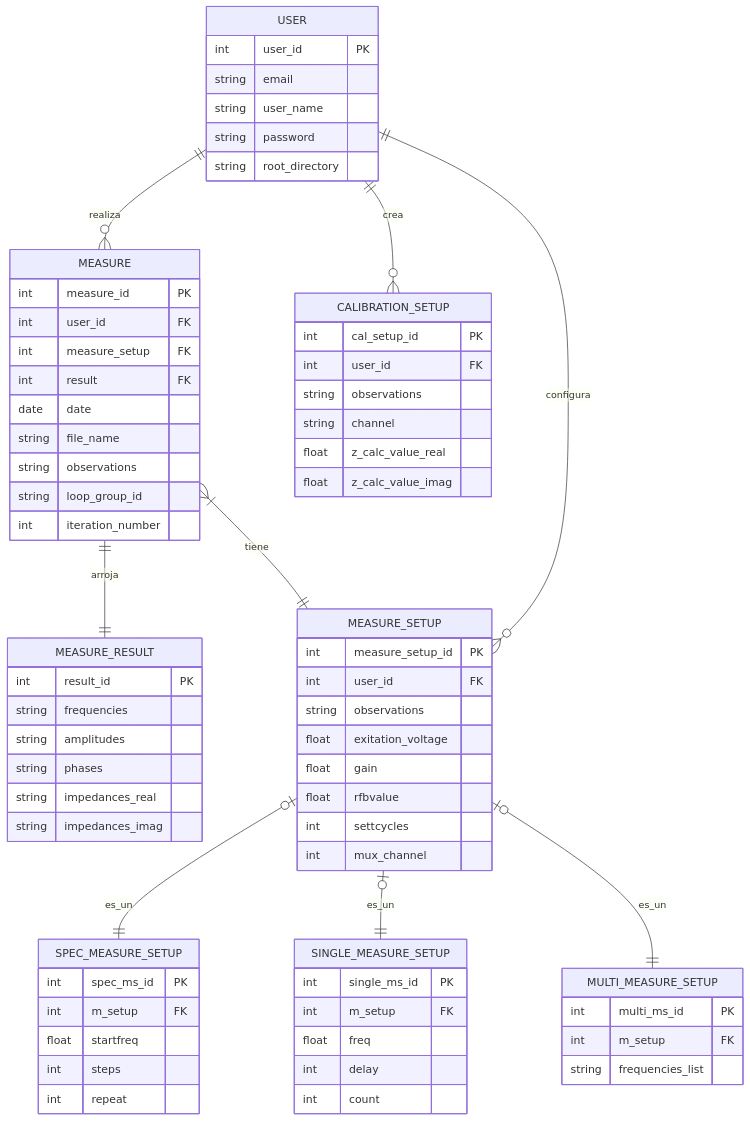
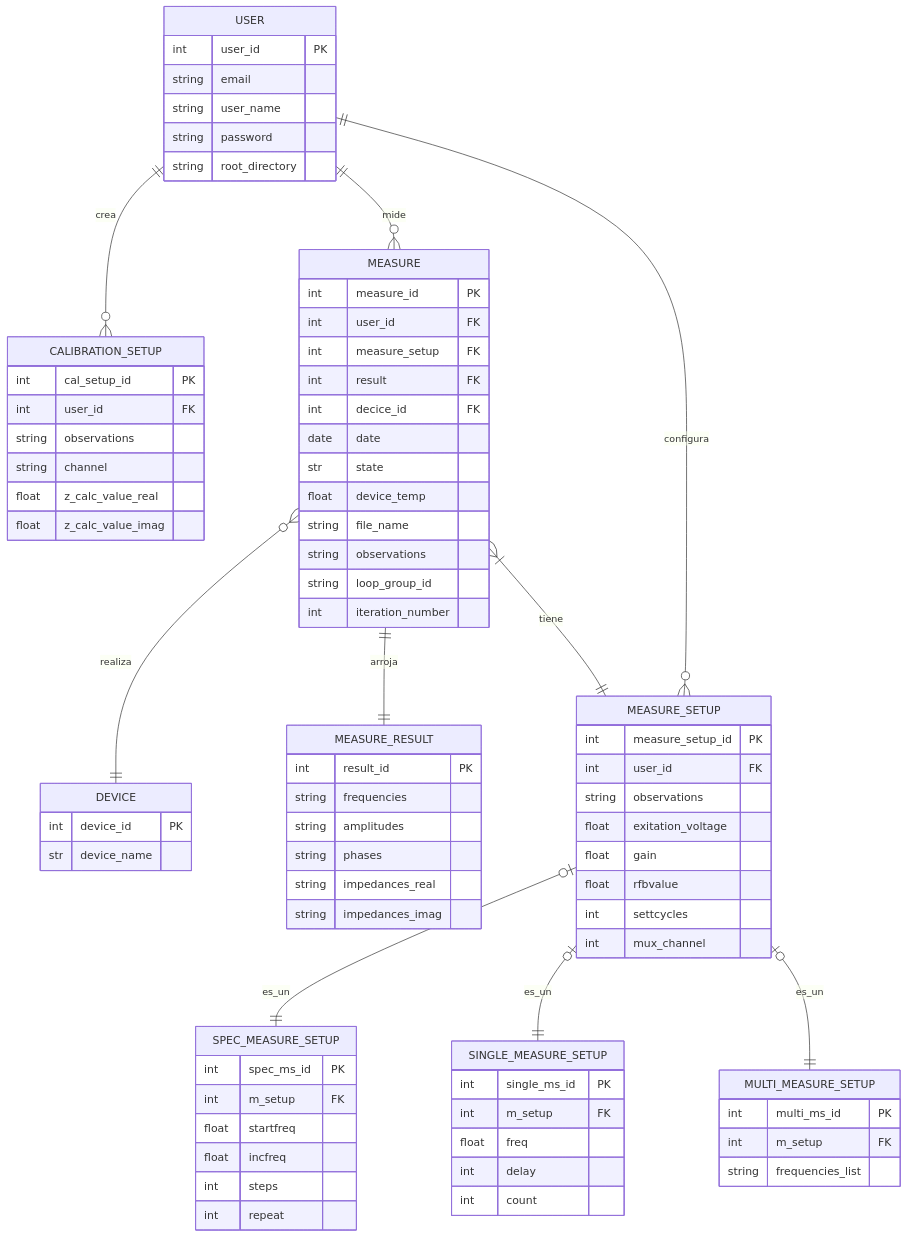
The fourth of 4 diagrams in Gmini-MarkDown/Diagramas/Diseño de base de datos.md (alegrelias/Repo-GMini), drawn with Mermaid before and after one commit.

Commit message:
Se modifica DER

```diff
--- a/Gmini-MarkDown/Diagramas/Diseño de base de datos.md
+++ b/Gmini-MarkDown/Diagramas/Diseño de base de datos.md
@@ -53,11 +53,19 @@
 	int user_id FK
 	int measure_setup FK
 	int result FK
+	int decice_id FK
 	date date
+	str state
+	float device_temp
 	string file_name
 	string observations
 	string loop_group_id
 	int iteration_number
+}
+
+DEVICE{
+	int device_id PK
+	str device_name
 }
 
 MEASURE_RESULT{
@@ -84,6 +92,7 @@
 	int spec_ms_id PK
 	int m_setup FK
 	float startfreq
+	float incfreq
 	int steps
 	int repeat
 }
@@ -102,7 +111,7 @@
 	string frequencies_list
 }
 
-USER ||--o{ MEASURE : realiza
+USER ||--o{ MEASURE : mide
 
 USER ||--o{ CALIBRATION_SETUP : crea
 
@@ -112,6 +121,8 @@
 
 MEASURE |{--|| MEASURE_SETUP : tiene
 
+MEASURE o{--|| DEVICE : realiza
+
 MEASURE_SETUP o|--|| SPEC_MEASURE_SETUP : es_un
 MEASURE_SETUP o|--|| SINGLE_MEASURE_SETUP : es_un
 MEASURE_SETUP o|--|| MULTI_MEASURE_SETUP : es_un
```
